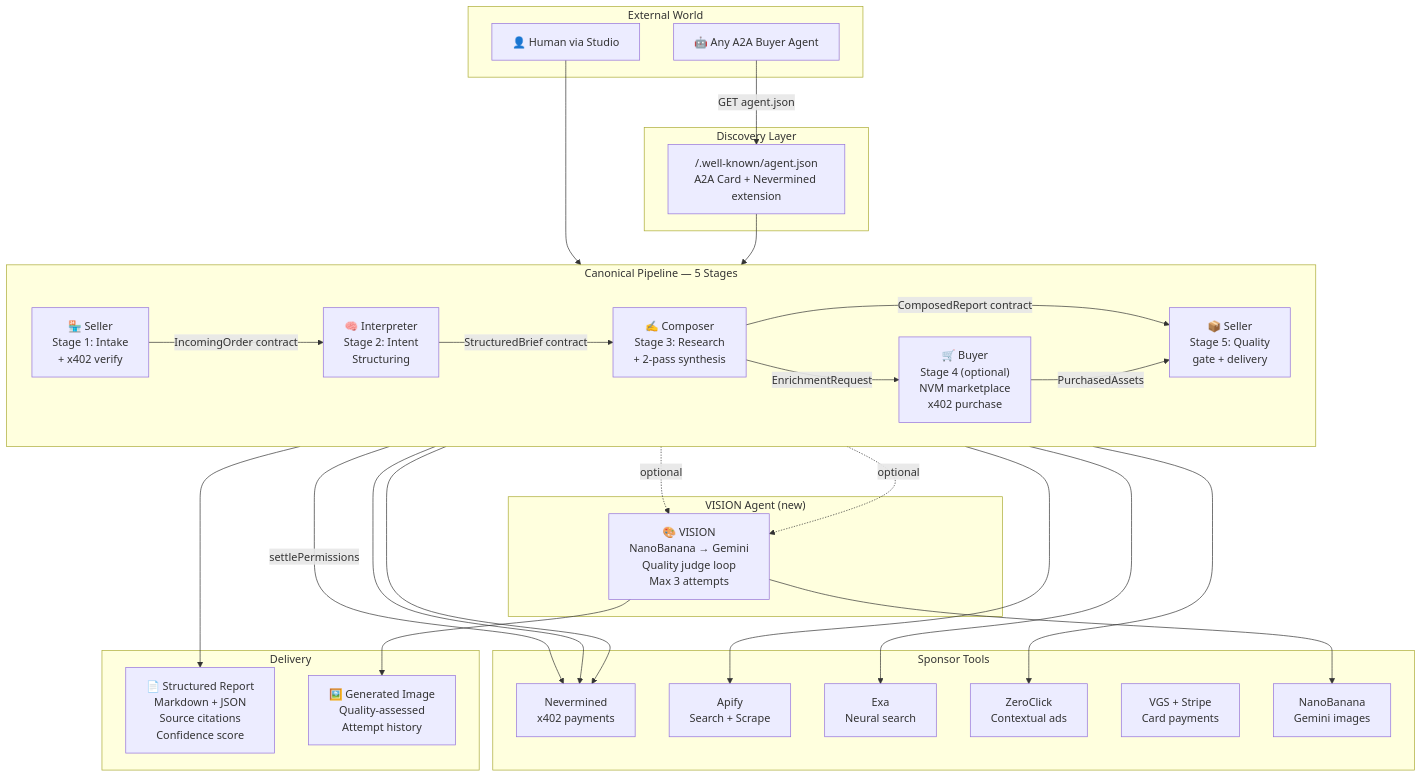
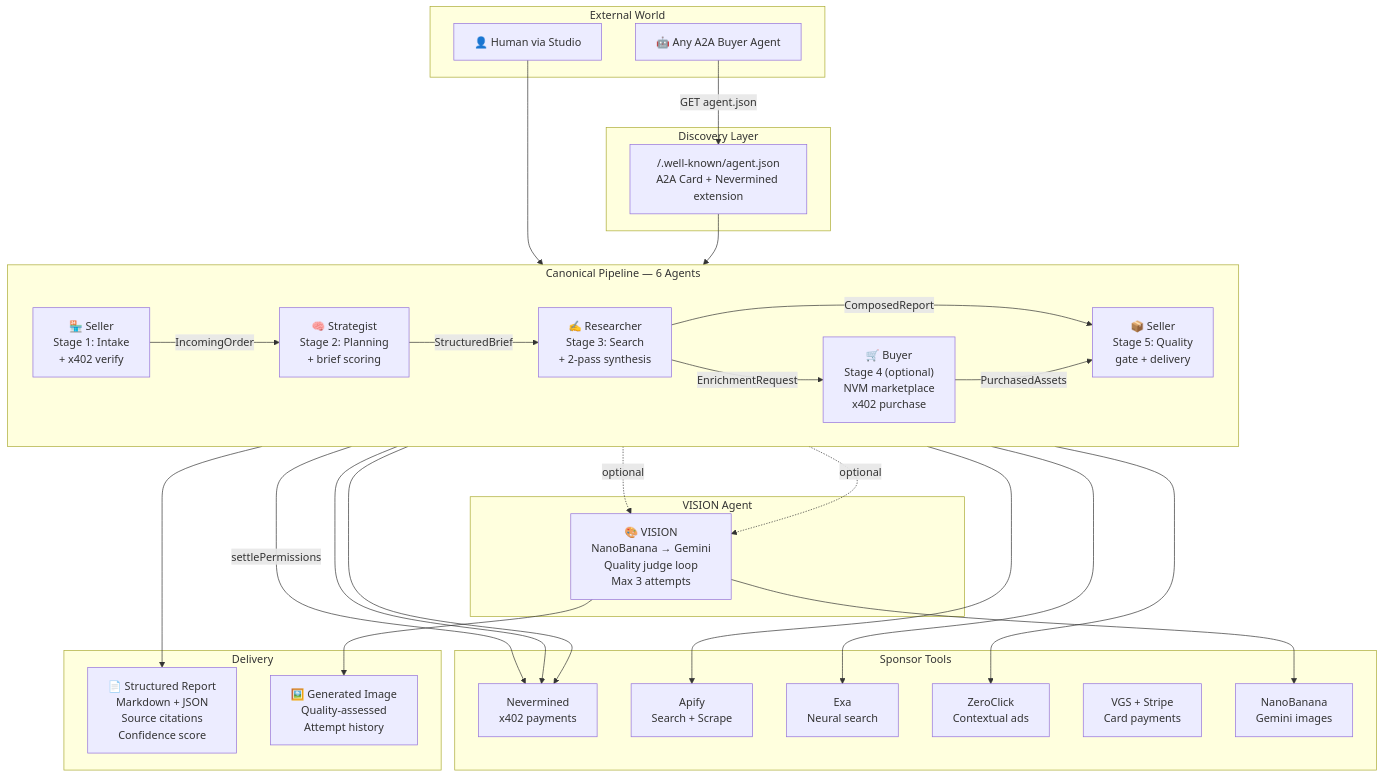
The diagram in README.md (HiNala/nevermined-autonomous-business-hackathon), drawn with Mermaid before and after one commit. The commit also changed other lines of this file, not shown here.

Commit message:
docs: redesign README — architecture mermaid up top, sponsor tools table, agent hierarchy diagram, polished copy

````diff
--- a/README.md
+++ b/README.md
@@ -66,58 +21,58 @@
 ```mermaid
 flowchart TD
     subgraph External["External World"]
         BUYER_EXT["🤖 Any A2A Buyer Agent"]
         HUMAN["👤 Human via Studio"]
     end
 
     subgraph Discovery["Discovery Layer"]
         AJ["/.well-known/agent.json\nA2A Card + Nevermined extension"]
     end
 
-    subgraph Pipeline["Canonical Pipeline — 5 Stages"]
+    subgraph Pipeline["Canonical Pipeline — 6 Agents"]
         direction LR
         S1["🏪 Seller\nStage 1: Intake\n+ x402 verify"]
-        I["🧠 Interpreter\nStage 2: Intent\nStructuring"]
-        C["✍️ Composer\nStage 3: Research\n+ 2-pass synthesis"]
+        I["🧠 Strategist\nStage 2: Planning\n+ brief scoring"]
+        C["✍️ Researcher\nStage 3: Search\n+ 2-pass synthesis"]
         B["🛒 Buyer\nStage 4 (optional)\nNVM marketplace\nx402 purchase"]
         S2["📦 Seller\nStage 5: Quality\ngate + delivery"]
     end
 
-    subgraph Vision["VISION Agent (new)"]
+    subgraph Vision["VISION Agent"]
         V["🎨 VISION\nNanoBanana → Gemini\nQuality judge loop\nMax 3 attempts"]
     end
 
     subgraph Sponsors["Sponsor Tools"]
         NVM["Nevermined\nx402 payments"]
         APIFY["Apify\nSearch + Scrape"]
         EXA["Exa\nNeural search"]
         ZC["ZeroClick\nContextual ads"]
         VGS["VGS + Stripe\nCard payments"]
         NB["NanoBanana\nGemini images"]
     end
 
     subgraph Output["Delivery"]
         DOC["📄 Structured Report\nMarkdown + JSON\nSource citations\nConfidence score"]
         IMG["🖼️ Generated Image\nQuality-assessed\nAttempt history"]
     end
 
     BUYER_EXT -->|"GET agent.json"| AJ
     HUMAN --> S1
     AJ --> S1
-    S1 -->|"IncomingOrder contract"| I
-    I -->|"StructuredBrief contract"| C
-    C -->|"ComposedReport contract"| S2
+    S1 -->|"IncomingOrder"| I
+    I -->|"StructuredBrief"| C
+    C -->|"ComposedReport"| S2
     C -->|"EnrichmentRequest"| B
     B -->|"PurchasedAssets"| S2
     I -.->|"optional"| V
     C -.->|"optional"| V
     S2 -->|"settlePermissions"| NVM
     S2 --> DOC
     V --> IMG
     C --> APIFY
     C --> EXA
     S2 --> ZC
     S1 --> NVM
     B --> NVM
     V --> NB
 ```
````
